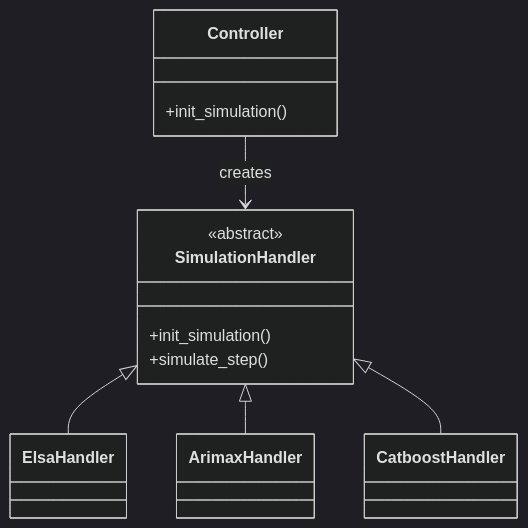
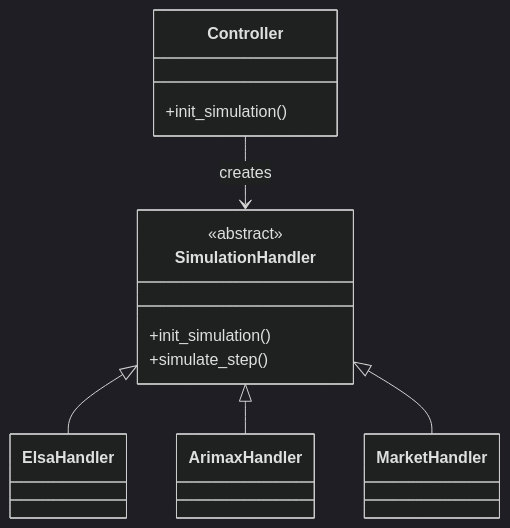
Before and after one commit to SURIMI-Project/SURIMI-project: the second of 2 diagrams in deliverables/D3.1 - System dynamics model/D3.1 - System dynamics model.md, drawn with Mermaid (dark theme). The commit also changed other lines of this file, not shown here.

````diff
--- a/deliverables/D3.1 - System dynamics model/D3.1 - System dynamics model.md
+++ b/deliverables/D3.1 - System dynamics model/D3.1 - System dynamics model.md
@@ -84,21 +84,21 @@
 ```mermaid
 classDiagram
     class Controller {
         +init_simulation()
     }
 
     class SimulationHandler {
         <<abstract>>
         +init_simulation()
         +simulate_step()
     }
 
-    class ElsaHandler
+    class MarketHandler
     class ArimaxHandler
-    class CatboostHandler
+    class MarketHandler
 
     Controller --> SimulationHandler : creates
     SimulationHandler <|-- ElsaHandler
     SimulationHandler <|-- ArimaxHandler
-    SimulationHandler <|-- CatboostHandler
+    SimulationHandler <|-- MarketHandler
 ```
````
